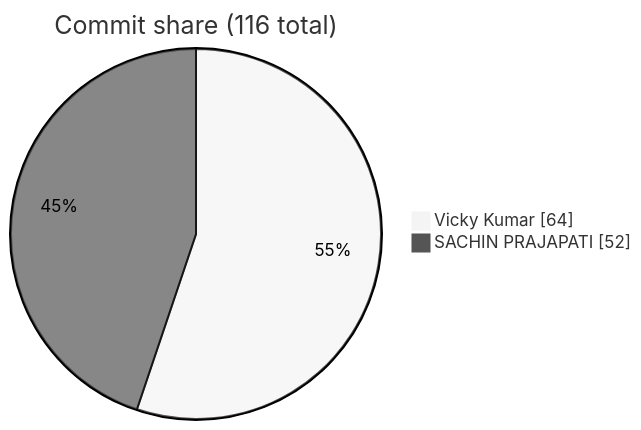
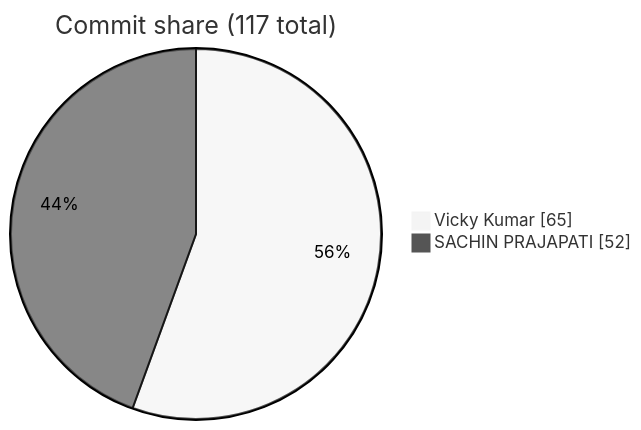
Before and after one commit to FiscalMindset/Clipo: the seventh of 7 diagrams in README.md, drawn with Mermaid (neutral theme).

Commit message:
docs(readme): auto-update contributor stats and star history

````diff
--- a/README.md
+++ b/README.md
@@ -752,5 +752,5 @@
 ```mermaid
-pie showData title Commit share (116 total)
-    "Vicky Kumar" : 64
+pie showData title Commit share (117 total)
+    "Vicky Kumar" : 65
     "SACHIN PRAJAPATI" : 52
 ```
````
